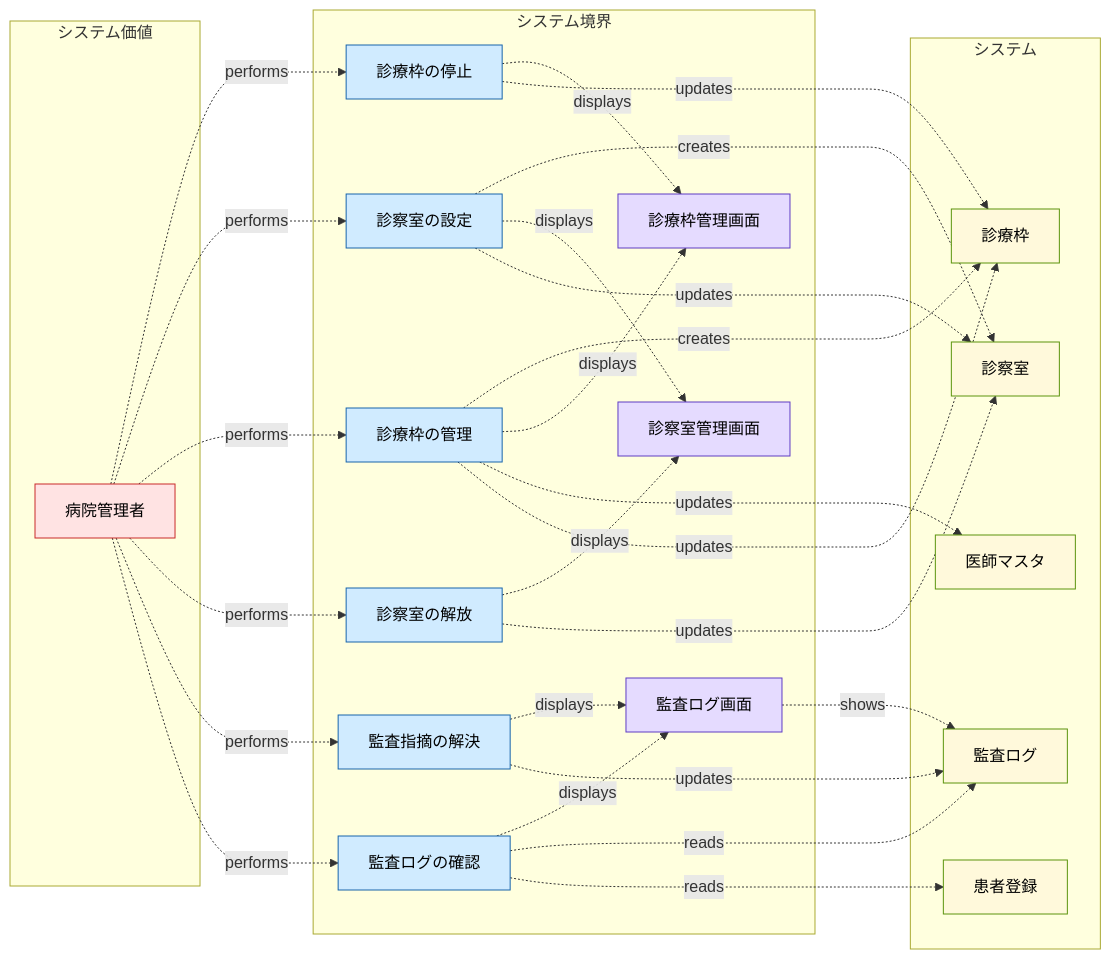
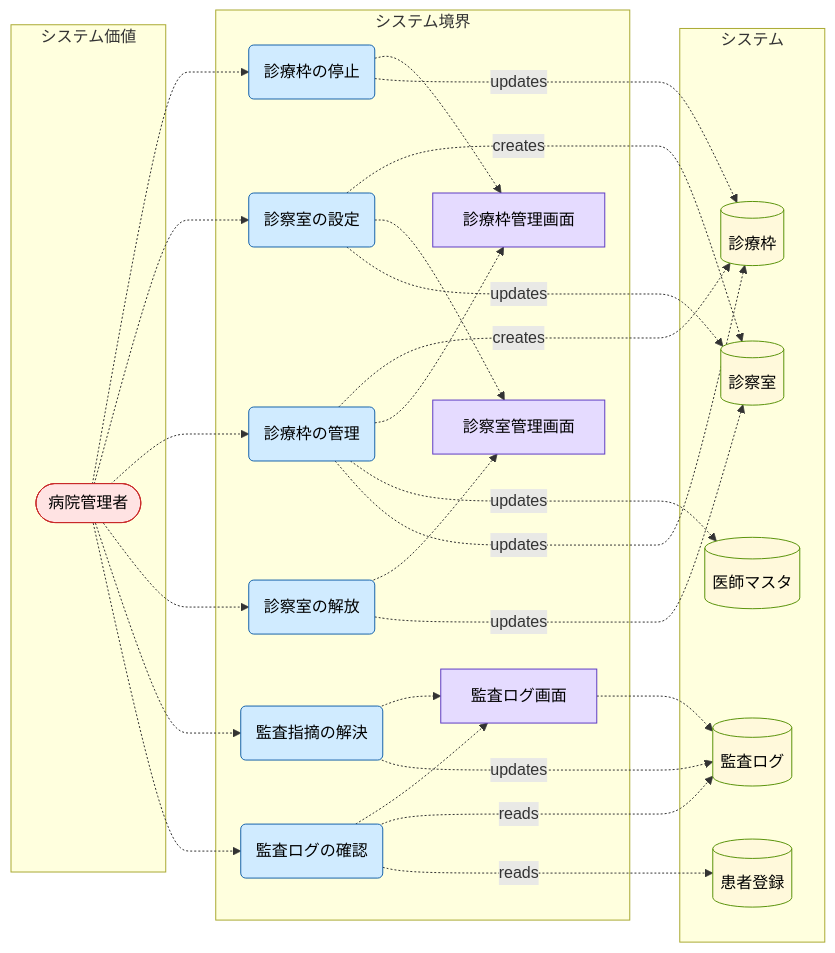
Before and after one commit to manji-0/rdra-ish-dsl: the diagram in samples/clinic-ops/out/buc/usecase_staff_administration.mmd, drawn with Mermaid. The commit also changed 95 other files, not shown here.

```diff
--- a/samples/clinic-ops/out/buc/usecase_staff_administration.mmd
+++ b/samples/clinic-ops/out/buc/usecase_staff_administration.mmd
@@ -1,74 +1,74 @@
 %% rdra-ish diagram=usecase scope=buc:BucStaffAdministration model=samples/clinic-ops
 %% layers: value=システム価値 boundary=システム境界 system=システム
 %% kinds: actor usecase screen entity
 %% omitted: buc medium permission api
 flowchart LR
   subgraph layer_value["システム価値"]
-    actor__ClinicAdmin["病院管理者"]:::actor
+    actor__ClinicAdmin(["病院管理者"]):::actor
     %% desc actor__ClinicAdmin: 診療枠と診察室のマスタを管理し、監査の指摘を解決する。
   end
   subgraph layer_boundary["システム境界"]
-    usecase__BlockScheduleSlot["診療枠の停止"]:::usecase
+    usecase__BlockScheduleSlot("診療枠の停止"):::usecase
     %% desc usecase__BlockScheduleSlot: 診療枠の停止。
-    usecase__ConfigureRoom["診察室の設定"]:::usecase
+    usecase__ConfigureRoom("診察室の設定"):::usecase
     %% desc usecase__ConfigureRoom: 部屋の設定。
-    usecase__ManageProviderSchedule["診療枠の管理"]:::usecase
+    usecase__ManageProviderSchedule("診療枠の管理"):::usecase
     %% desc usecase__ManageProviderSchedule: 診療枠の管理。
-    usecase__ReleaseRoom["診察室の解放"]:::usecase
+    usecase__ReleaseRoom("診察室の解放"):::usecase
     %% desc usecase__ReleaseRoom: 部屋の解放。
-    usecase__ResolveAuditFinding["監査指摘の解決"]:::usecase
+    usecase__ResolveAuditFinding("監査指摘の解決"):::usecase
     %% desc usecase__ResolveAuditFinding: 監査指摘の解決。
-    usecase__ReviewAuditEvents["監査ログの確認"]:::usecase
+    usecase__ReviewAuditEvents("監査ログの確認"):::usecase
     %% desc usecase__ReviewAuditEvents: 監査イベントの確認。
     screen__AuditReviewScreen["監査ログ画面"]:::screen
     screen__RoomAdminScreen["診察室管理画面"]:::screen
     screen__ScheduleAdminScreen["診療枠管理画面"]:::screen
   end
   subgraph layer_system["システム"]
-    entity__AuditEvent["監査ログ"]:::entity
-    entity__PatientAccount["患者登録"]:::entity
-    entity__Provider["医師マスタ"]:::entity
-    entity__ProviderSchedule["診療枠"]:::entity
-    entity__Room["診察室"]:::entity
+    entity__AuditEvent[("監査ログ")]:::entity
+    entity__PatientAccount[("患者登録")]:::entity
+    entity__Provider[("医師マスタ")]:::entity
+    entity__ProviderSchedule[("診療枠")]:::entity
+    entity__Room[("診察室")]:::entity
   end
-  actor__ClinicAdmin -.->|performs| usecase__BlockScheduleSlot
+  actor__ClinicAdmin -.-> usecase__BlockScheduleSlot
   %% derived actor__ClinicAdmin -> usecase__BlockScheduleSlot via buc__BucStaffAdministration
-  actor__ClinicAdmin -.->|performs| usecase__ConfigureRoom
+  actor__ClinicAdmin -.-> usecase__ConfigureRoom
   %% derived actor__ClinicAdmin -> usecase__ConfigureRoom via buc__BucStaffAdministration
-  actor__ClinicAdmin -.->|performs| usecase__ManageProviderSchedule
+  actor__ClinicAdmin -.-> usecase__ManageProviderSchedule
   %% derived actor__ClinicAdmin -> usecase__ManageProviderSchedule via buc__BucStaffAdministration
-  actor__ClinicAdmin -.->|performs| usecase__ReleaseRoom
+  actor__ClinicAdmin -.-> usecase__ReleaseRoom
   %% derived actor__ClinicAdmin -> usecase__ReleaseRoom via buc__BucStaffAdministration
-  actor__ClinicAdmin -.->|performs| usecase__ResolveAuditFinding
+  actor__ClinicAdmin -.-> usecase__ResolveAuditFinding
   %% derived actor__ClinicAdmin -> usecase__ResolveAuditFinding via buc__BucStaffAdministration
-  actor__ClinicAdmin -.->|performs| usecase__ReviewAuditEvents
+  actor__ClinicAdmin -.-> usecase__ReviewAuditEvents
   %% derived actor__ClinicAdmin -> usecase__ReviewAuditEvents via buc__BucStaffAdministration
-  screen__AuditReviewScreen -.->|shows| entity__AuditEvent
-  usecase__BlockScheduleSlot -.->|displays| screen__ScheduleAdminScreen
+  screen__AuditReviewScreen -.-> entity__AuditEvent
+  usecase__BlockScheduleSlot -.-> screen__ScheduleAdminScreen
   usecase__BlockScheduleSlot -.->|updates| entity__ProviderSchedule
   %% derived usecase__BlockScheduleSlot -> entity__ProviderSchedule via api__BlockScheduleSlotApi
   usecase__ConfigureRoom -.->|creates| entity__Room
   %% derived usecase__ConfigureRoom -> entity__Room via api__RoomAdminApi
-  usecase__ConfigureRoom -.->|displays| screen__RoomAdminScreen
+  usecase__ConfigureRoom -.-> screen__RoomAdminScreen
   usecase__ConfigureRoom -.->|updates| entity__Room
   %% derived usecase__ConfigureRoom -> entity__Room via api__RoomAdminApi
   usecase__ManageProviderSchedule -.->|creates| entity__ProviderSchedule
   %% derived usecase__ManageProviderSchedule -> entity__ProviderSchedule via api__ManageProviderScheduleApi
-  usecase__ManageProviderSchedule -.->|displays| screen__ScheduleAdminScreen
+  usecase__ManageProviderSchedule -.-> screen__ScheduleAdminScreen
   usecase__ManageProviderSchedule -.->|updates| entity__Provider
   %% derived usecase__ManageProviderSchedule -> entity__Provider via api__ManageProviderScheduleApi
   usecase__ManageProviderSchedule -.->|updates| entity__ProviderSchedule
   %% derived usecase__ManageProviderSchedule -> entity__ProviderSchedule via api__ManageProviderScheduleApi
-  usecase__ReleaseRoom -.->|displays| screen__RoomAdminScreen
+  usecase__ReleaseRoom -.-> screen__RoomAdminScreen
   usecase__ReleaseRoom -.->|updates| entity__Room
-  usecase__ResolveAuditFinding -.->|displays| screen__AuditReviewScreen
+  usecase__ResolveAuditFinding -.-> screen__AuditReviewScreen
   usecase__ResolveAuditFinding -.->|updates| entity__AuditEvent
-  usecase__ReviewAuditEvents -.->|displays| screen__AuditReviewScreen
+  usecase__ReviewAuditEvents -.-> screen__AuditReviewScreen
   usecase__ReviewAuditEvents -.->|reads| entity__AuditEvent
   %% derived usecase__ReviewAuditEvents -> entity__AuditEvent via api__AuditApi
   usecase__ReviewAuditEvents -.->|reads| entity__PatientAccount
   %% derived usecase__ReviewAuditEvents -> entity__PatientAccount via api__AuditApi
   classDef actor fill:#ffe3e3,stroke:#c92a2a,color:#000;
   classDef usecase fill:#d0ebff,stroke:#1864ab,color:#000;
   classDef screen fill:#e5dbff,stroke:#5f3dc4,color:#000;
   classDef entity fill:#fff9db,stroke:#5c940d,color:#000;
```
